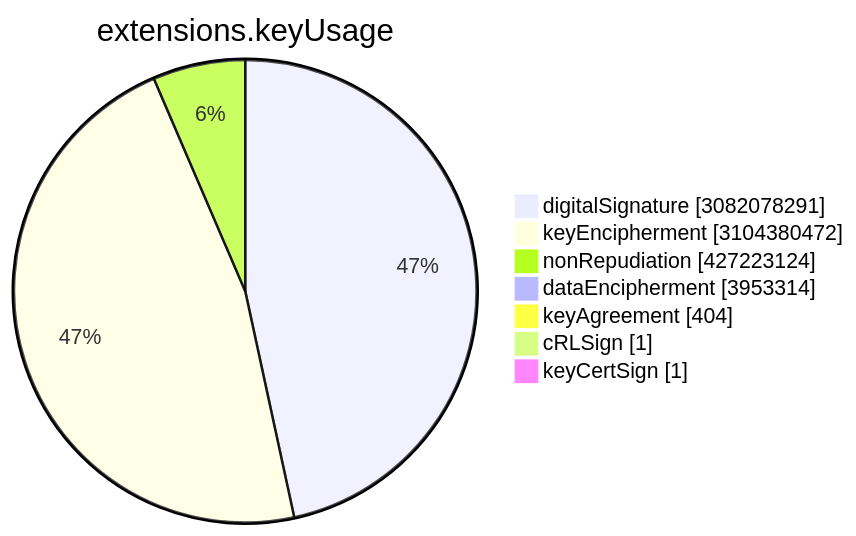
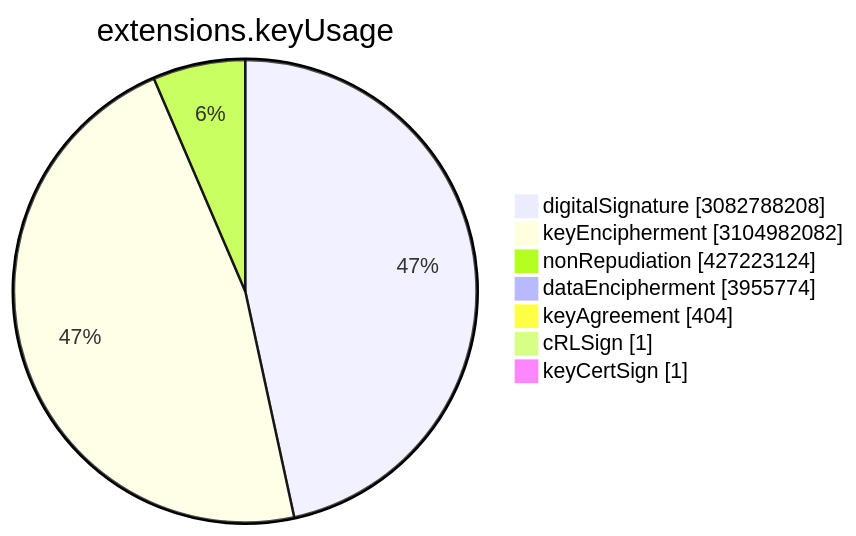
One commit to christiankrug/ctmonitor_visualization changed the sixth of 15 diagrams in TOTAL/README.md. Above: the diagram before and after it, drawn with Mermaid. The commit also changed other lines of this file, not shown here.

````diff
--- a/TOTAL/README.md
+++ b/TOTAL/README.md
@@ -3077,11 +3077,11 @@
 ```mermaid
 pie showData
 title extensions.keyUsage
-"digitalSignature" :3082078291
-"keyEncipherment" :3104380472
+"digitalSignature" :3082788208
+"keyEncipherment" :3104982082
 "nonRepudiation" :427223124
-"dataEncipherment" :3953314
+"dataEncipherment" :3955774
 "keyAgreement" :404
 "cRLSign" :1
 "keyCertSign" :1
 ```
````
